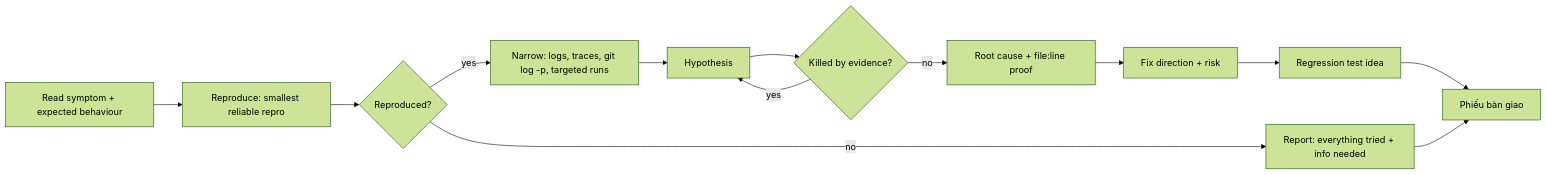
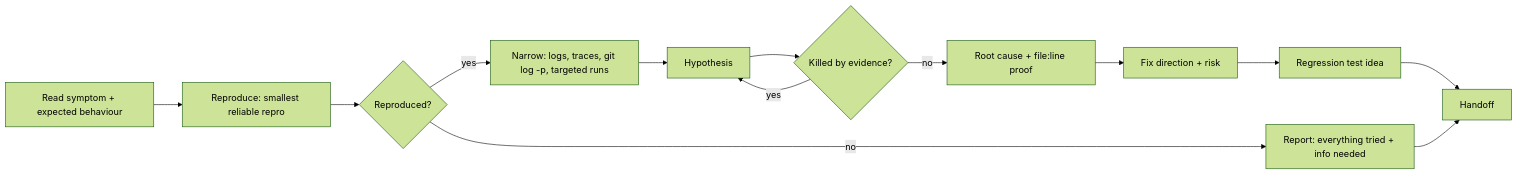
One commit to Tuan-Quyen/technical-teams changed the diagram in agents/team-debugger.md. Above: the diagram before and after it, drawn with Mermaid (forest theme). The commit also changed other lines of this file and 34 other files, not shown here.

````diff
--- a/agents/team-debugger.md
+++ b/agents/team-debugger.md
@@ -25,13 +25,13 @@
 ```mermaid
 flowchart LR
   A[Read symptom + expected behaviour] --> B[Reproduce: smallest reliable repro]
   B --> C{Reproduced?}
   C -- no --> N[Report: everything tried + info needed]
   C -- yes --> D[Narrow: logs, traces, git log -p, targeted runs]
   D --> E[Hypothesis] --> F{Killed by evidence?}
   F -- yes --> E
   F -- no --> G[Root cause + file:line proof]
   G --> H[Fix direction + risk]
-  H --> I[Regression test idea] --> J[Phiếu bàn giao]
+  H --> I[Regression test idea] --> J[Handoff]
   N --> J
 ```
````
